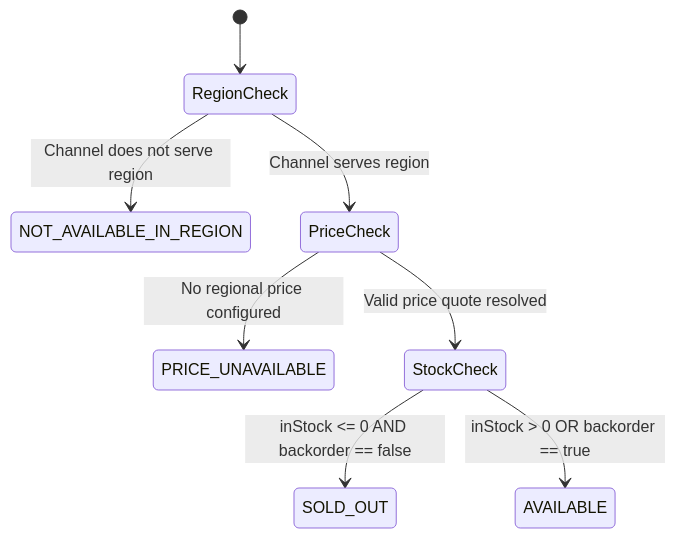
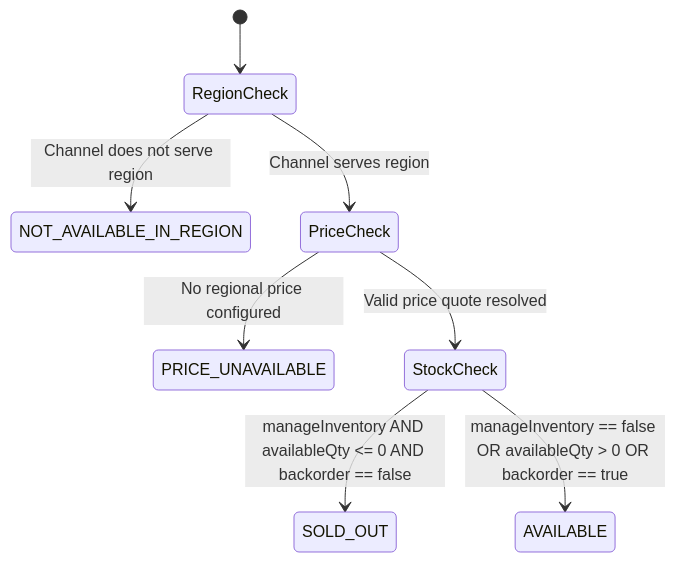
One commit to khinemyaezin/grab changed the second of 4 diagrams in docs/spec/system/storefront-contextual-cutover-tech-spec.md. Above: the diagram before and after it, drawn with Mermaid. The commit also changed other lines of this file and 33 other files, not shown here.

````diff
--- a/docs/spec/system/storefront-contextual-cutover-tech-spec.md
+++ b/docs/spec/system/storefront-contextual-cutover-tech-spec.md
@@ -64,10 +64,10 @@
 ```mermaid
 stateDiagram-v2
     [*] --> RegionCheck
     RegionCheck --> NOT_AVAILABLE_IN_REGION : Channel does not serve region
     RegionCheck --> PriceCheck : Channel serves region
     PriceCheck --> PRICE_UNAVAILABLE : No regional price configured
     PriceCheck --> StockCheck : Valid price quote resolved
-    StockCheck --> SOLD_OUT : inStock <= 0 AND backorder == false
-    StockCheck --> AVAILABLE : inStock > 0 OR backorder == true
+    StockCheck --> SOLD_OUT : manageInventory AND availableQty <= 0 AND backorder == false
+    StockCheck --> AVAILABLE : manageInventory == false OR availableQty > 0 OR backorder == true
 ```
````
